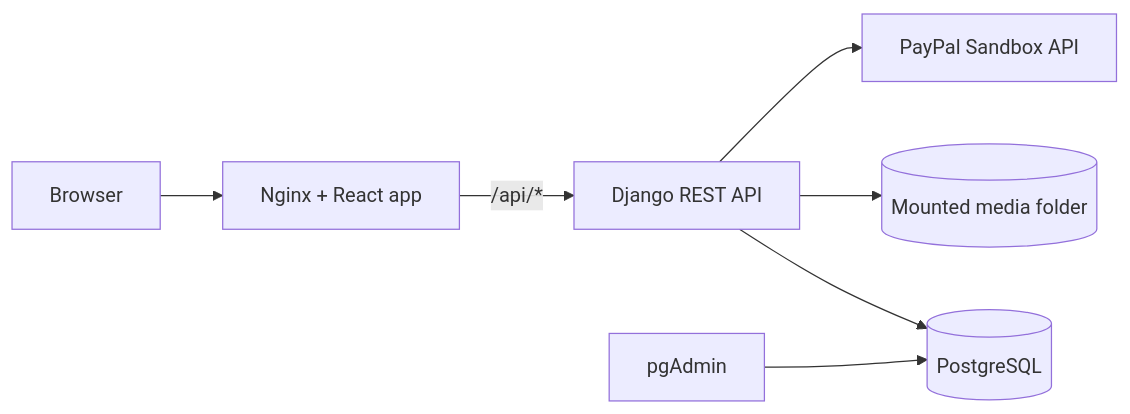
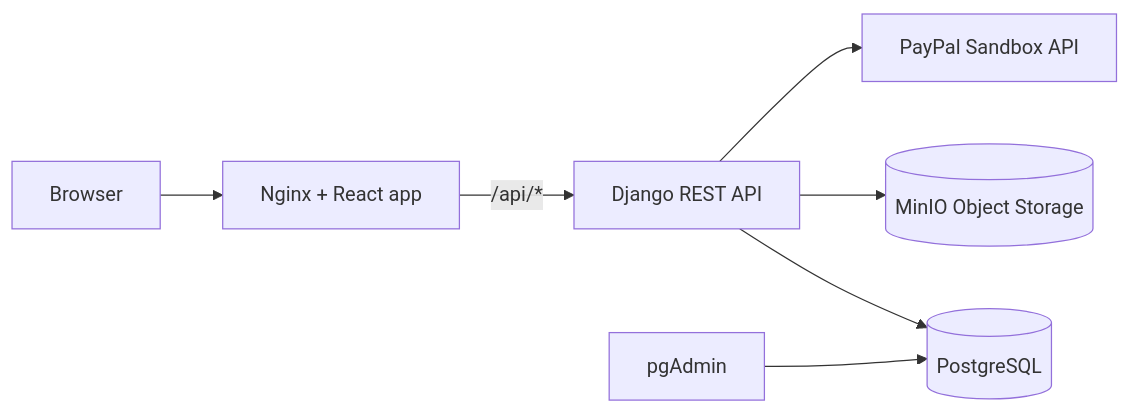
Before and after one commit to Anilnayak126/vintage-books-market: the diagram in README.md, drawn with Mermaid. The commit also changed other lines of this file and 23 other files, not shown here.

Commit message:
feat(backend): add MinIO-backed media storage with presigned URLs, bucket bootstrap, profile image update fixes, tests, and storage docs

````diff
--- a/README.md
+++ b/README.md
@@ -60,9 +61,9 @@
 ```mermaid
 flowchart LR
   Browser[Browser] --> Frontend[Nginx + React app]
   Frontend -->|/api/*| Backend[Django REST API]
   Backend --> Postgres[(PostgreSQL)]
-  Backend --> Media[(Mounted media folder)]
+  Backend --> MinIO[(MinIO Object Storage)]
   Backend --> PayPal[PayPal Sandbox API]
   PgAdmin[pgAdmin] --> Postgres
 ```
````
